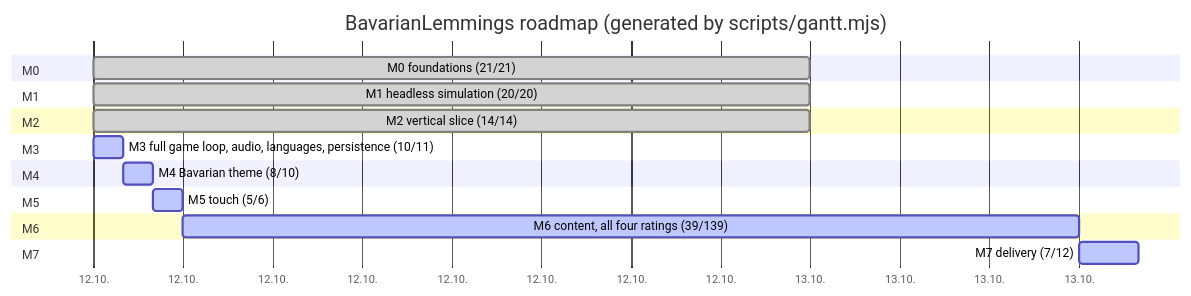
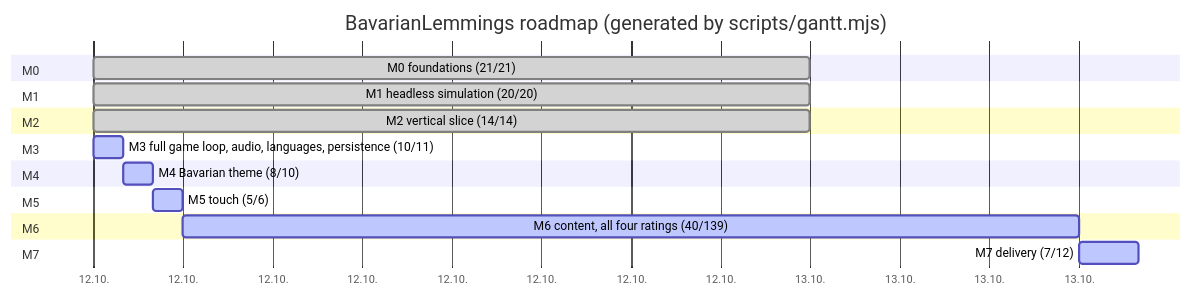
One commit to marcelpetrick/BavarianLemmings changed the diagram in plan.md. Above: the diagram before and after it, drawn with Mermaid. The commit also changed other lines of this file and 9 other files, not shown here.

````diff
--- a/plan.md
+++ b/plan.md
@@ -43,22 +43,22 @@
 ```mermaid
 gantt
     title BavarianLemmings roadmap (generated by scripts/gantt.mjs)
     dateFormat  YYYY-MM-DD
     axisFormat  %d.%m.
     section M0
     M0 foundations (21/21) :done, m0, 2026-10-12, 1d
     section M1
     M1 headless simulation (20/20) :done, m1, 2026-10-12, 1d
     section M2
     M2 vertical slice (14/14) :done, m2, 2026-10-12, 1d
     section M3
     M3 full game loop, audio, languages, persistence (10/11) :active, m3, 2026-10-12, 1h
     section M4
     M4 Bavarian theme (8/10) :active, m4, after m3, 1h
     section M5
     M5 touch (5/6) :active, m5, after m4, 1h
     section M6
-    M6 content, all four ratings (39/139) :active, m6, after m5, 30h
+    M6 content, all four ratings (40/139) :active, m6, after m5, 30h
     section M7
     M7 delivery (7/12) :active, m7, after m6, 2h
 ```
````
